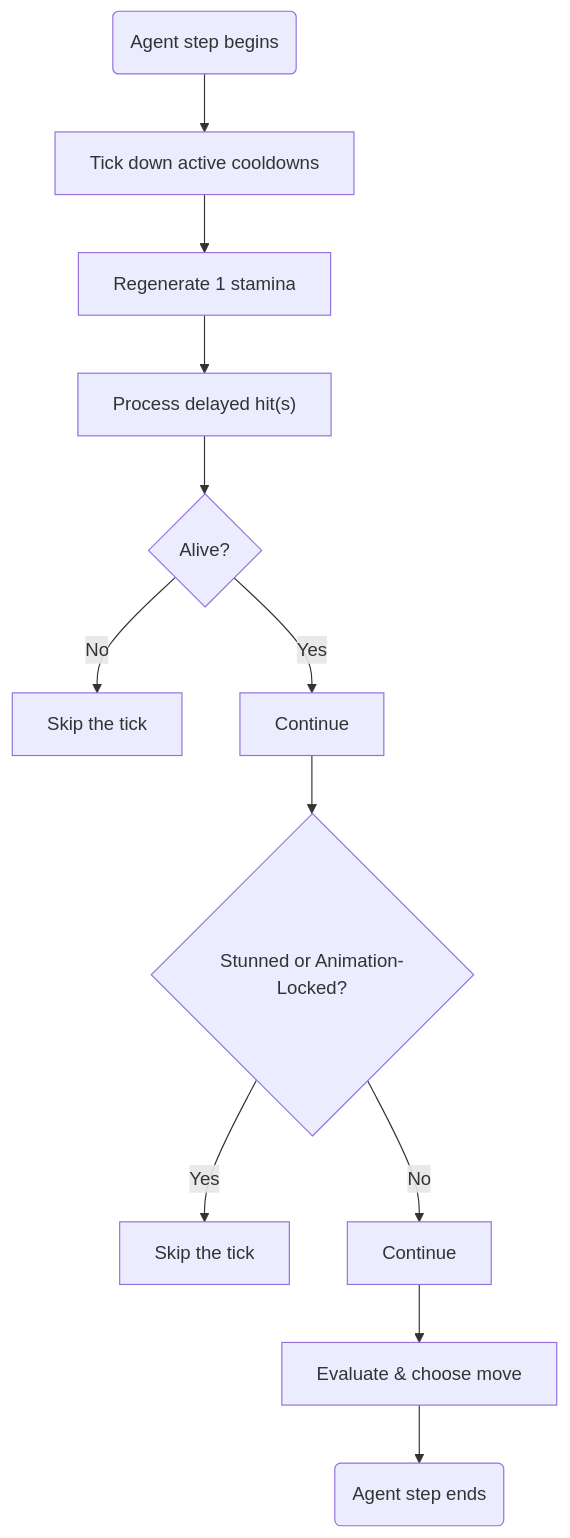
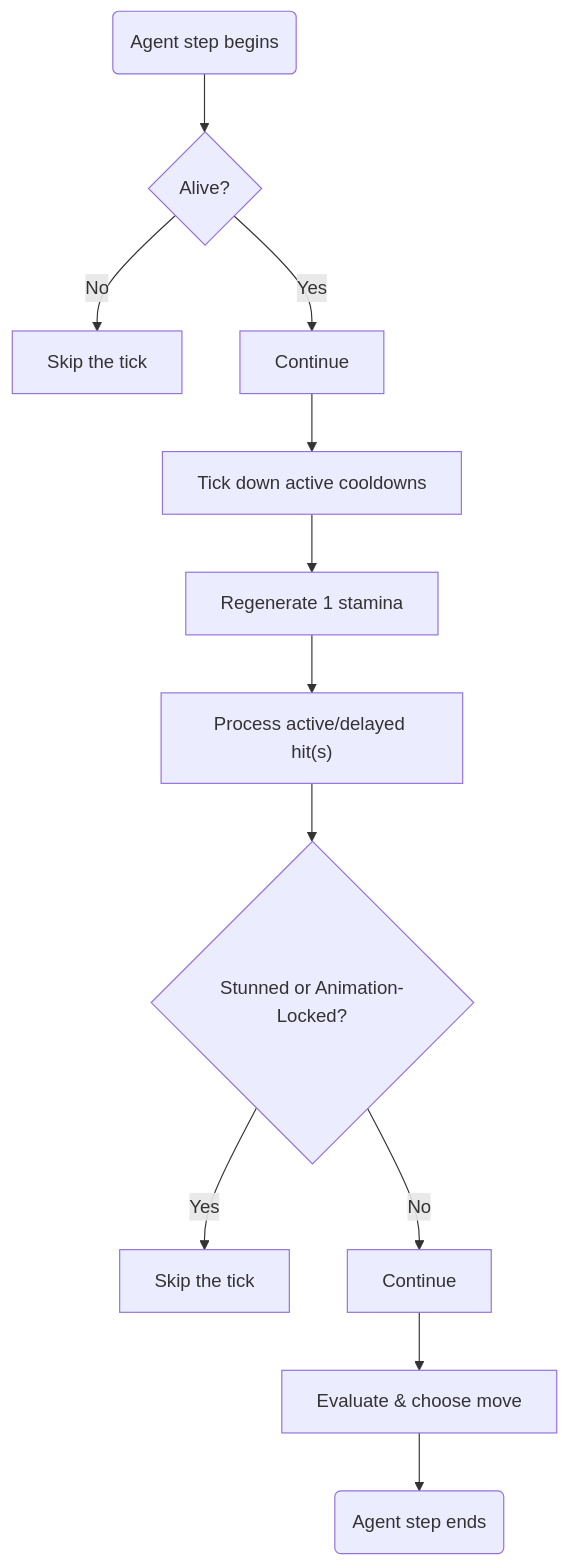
The diagram in abm/README.md (altair5607249/Crusaders-Game), drawn with Mermaid before and after one commit. The commit also changed other lines of this file, not shown here.

````diff
--- a/abm/README.md
+++ b/abm/README.md
@@ -23,17 +47,18 @@
 ```mermaid
 
 flowchart TB;
 
-A("Agent step begins")-->B["Tick down active cooldowns"]-->C["Regenerate 1 stamina"]-->D["Process delayed hit(s)"]
+A("Agent step begins")-->B{Alive?}
 
-D-->E{Alive?}
-E-->|No| F["Skip the tick"]
-E-->|Yes| G["Continue"]
+B-->|No| C["Skip the tick"]
+B-->|Yes| D["Continue"]
+
+D-->E["Tick down active cooldowns"]-->F["Regenerate 1 stamina"]-->G["Process active/delayed hit(s)"]
 
 G-->H{Stunned or Animation-Locked?}
 H-->|Yes| I["Skip the tick"]
 H-->|No| J["Continue"]
 
 J-->K["Evaluate & choose move"]-->L("Agent step ends")
 
 ```
````
